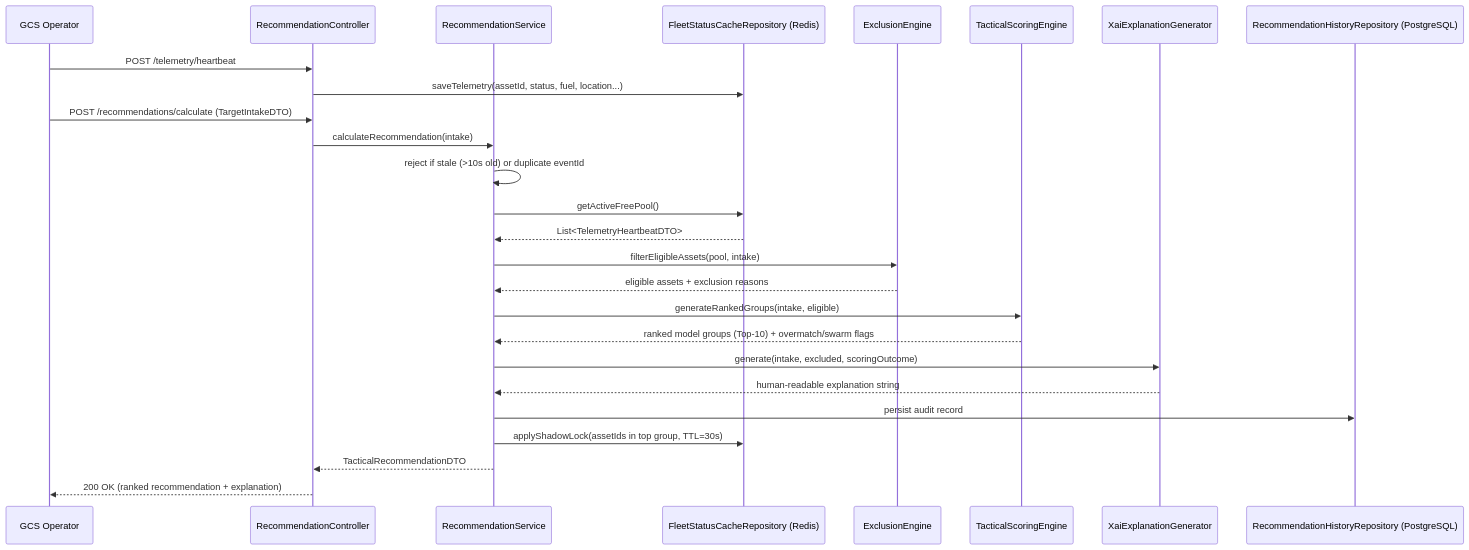
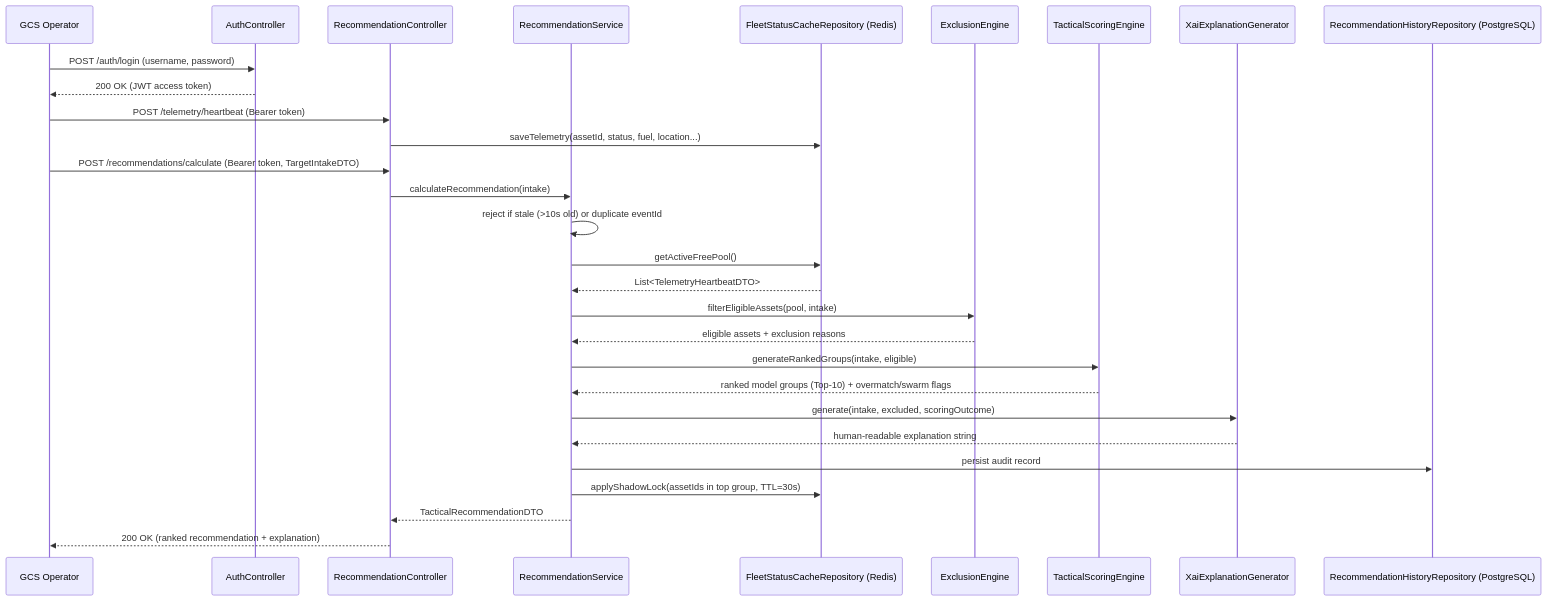
The diagram in SYSTEM_ARCHITECTURE.md (JalilG0/ro-tactical-engine), drawn with Mermaid before and after one commit. The commit also changed other lines of this file and 20 other files, not shown here.

First line of the commit message:
Enforce shadow-lock exclusion, fix swarm overmatch check, add JWT auth

````diff
--- a/SYSTEM_ARCHITECTURE.md
+++ b/SYSTEM_ARCHITECTURE.md
@@ -18,30 +35,34 @@
 ```mermaid
 sequenceDiagram
     participant GCS as GCS Operator
+    participant AUTH as AuthController
     participant API as RecommendationController
     participant SVC as RecommendationService
     participant CACHE as FleetStatusCacheRepository (Redis)
     participant EXC as ExclusionEngine
     participant SCORE as TacticalScoringEngine
     participant XAI as XaiExplanationGenerator
     participant DB as RecommendationHistoryRepository (PostgreSQL)
 
-    GCS->>API: POST /telemetry/heartbeat
+    GCS->>AUTH: POST /auth/login (username, password)
+    AUTH-->>GCS: 200 OK (JWT access token)
+
+    GCS->>API: POST /telemetry/heartbeat (Bearer token)
     API->>CACHE: saveTelemetry(assetId, status, fuel, location...)
 
-    GCS->>API: POST /recommendations/calculate (TargetIntakeDTO)
+    GCS->>API: POST /recommendations/calculate (Bearer token, TargetIntakeDTO)
     API->>SVC: calculateRecommendation(intake)
     SVC->>SVC: reject if stale (>10s old) or duplicate eventId
     SVC->>CACHE: getActiveFreePool()
     CACHE-->>SVC: List<TelemetryHeartbeatDTO>
     SVC->>EXC: filterEligibleAssets(pool, intake)
     EXC-->>SVC: eligible assets + exclusion reasons
     SVC->>SCORE: generateRankedGroups(intake, eligible)
     SCORE-->>SVC: ranked model groups (Top-10) + overmatch/swarm flags
     SVC->>XAI: generate(intake, excluded, scoringOutcome)
     XAI-->>SVC: human-readable explanation string
     SVC->>DB: persist audit record
     SVC->>CACHE: applyShadowLock(assetIds in top group, TTL=30s)
     SVC-->>API: TacticalRecommendationDTO
     API-->>GCS: 200 OK (ranked recommendation + explanation)
 ```
````
